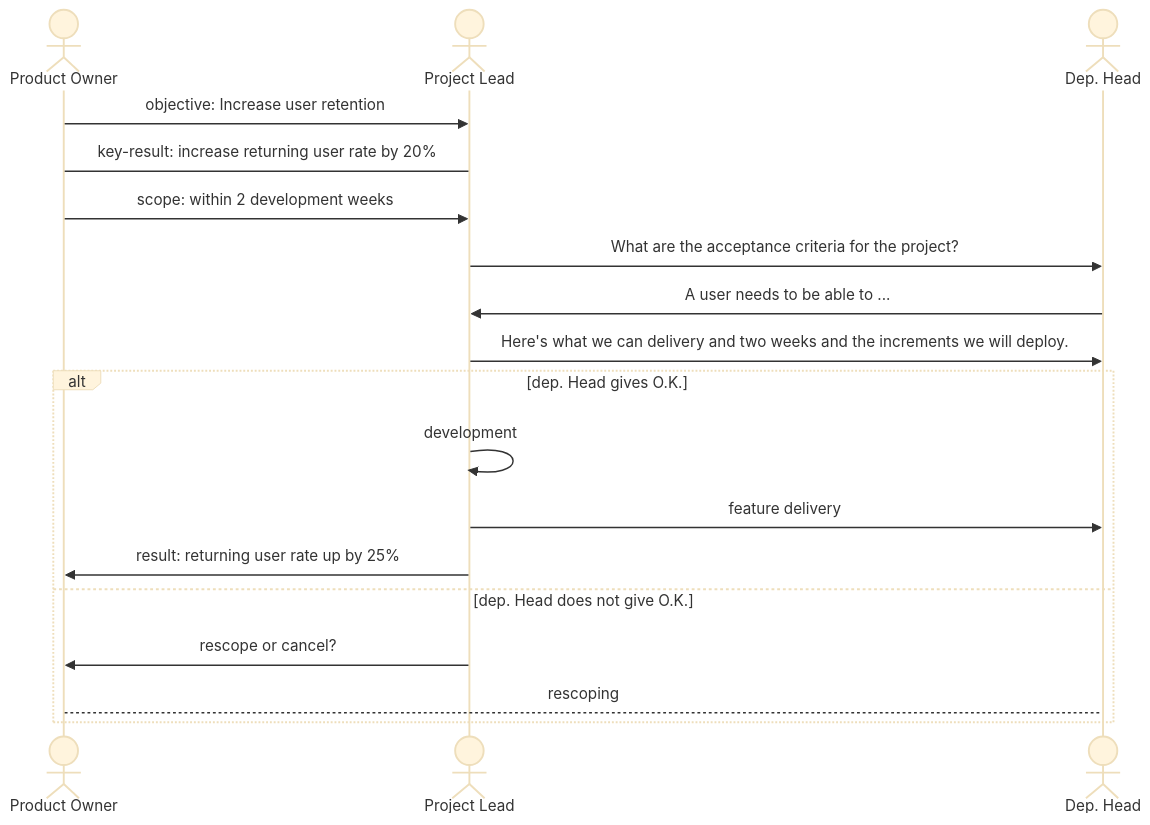
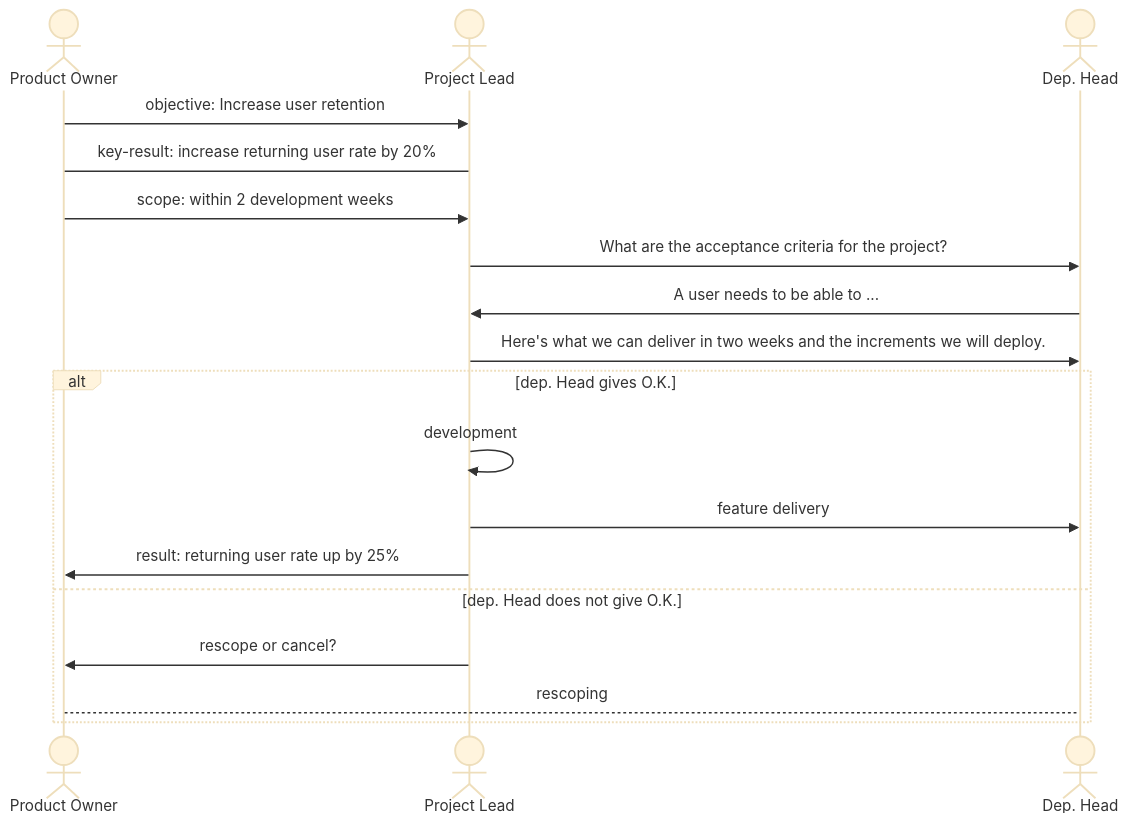
One commit to voiio/voiio.github.io changed the third of 3 diagrams in team_structure.md. Above: the diagram before and after it, drawn with Mermaid (base theme).

Commit message:
Improve sentence structure

````diff
--- a/team_structure.md
+++ b/team_structure.md
@@ -94,22 +94,22 @@
 ```mermaid
 sequenceDiagram
     actor PO as Product Owner
     actor PL as Project Lead
     actor head as Dep. Head
     PO ->> PL : objective: Increase user retention
     PO -> PL : key-result: increase returning user rate by 20%
     PO ->> PL : scope: within 2 development weeks
     PL ->> head: What are the acceptance criteria for the project?
     head ->> PL: A user needs to be able to ...
-    PL ->> head: Here's what we can delivery and two weeks and the increments we will deploy.
+    PL ->> head: Here's what we can deliver in two weeks and the increments we will deploy.
     alt dep. Head gives O.K.
     PL ->> PL: development
     PL ->> head: feature delivery
     PL ->> PO: result: returning user rate up by 25%
     else dep. Head does not give O.K.
     PL ->> PO: rescope or cancel?
     PO --> head: rescoping
     end
 
 
 ```
````
